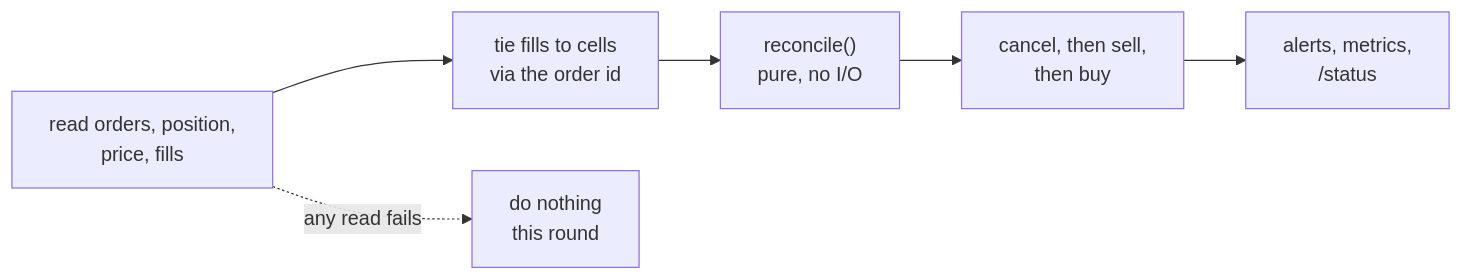
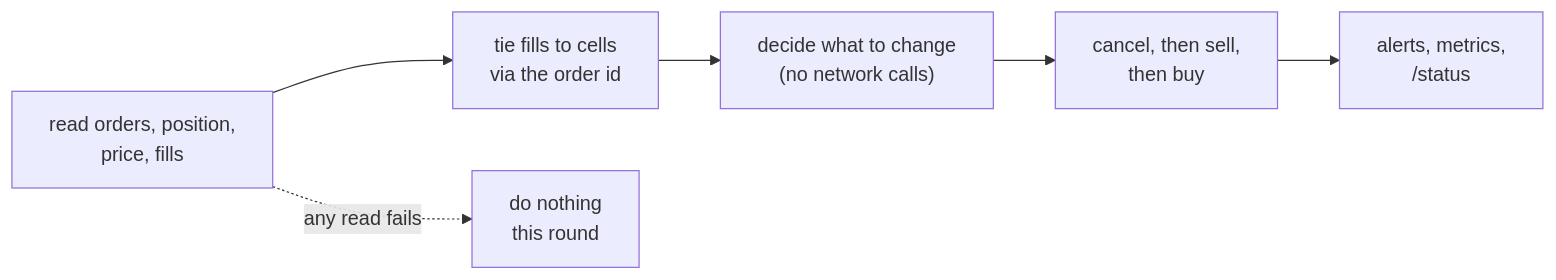
The first of 2 diagrams in README.md (njwgroeneveld/gridstatic), drawn with Mermaid before and after one commit. The commit also changed other lines of this file, not shown here.

````diff
--- a/README.md
+++ b/README.md
@@ -53,8 +53,8 @@
 ```mermaid
 flowchart LR
     R[read orders, position,<br/>price, fills] --> T[tie fills to cells<br/>via the order id]
-    T --> D["reconcile()<br/>pure, no I/O"]
+    T --> D["decide what to change<br/>(no network calls)"]
     D --> A[cancel, then sell,<br/>then buy]
     A --> N[alerts, metrics,<br/>/status]
     R -. any read fails .-> X[do nothing<br/>this round]
 ```
````
